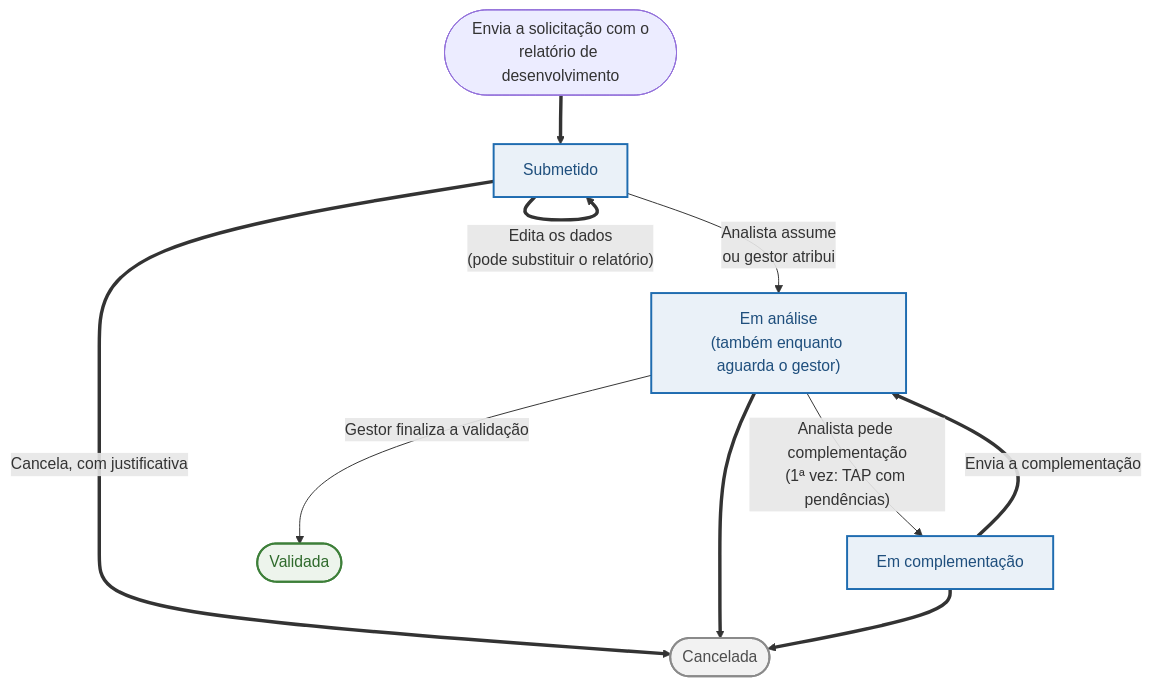
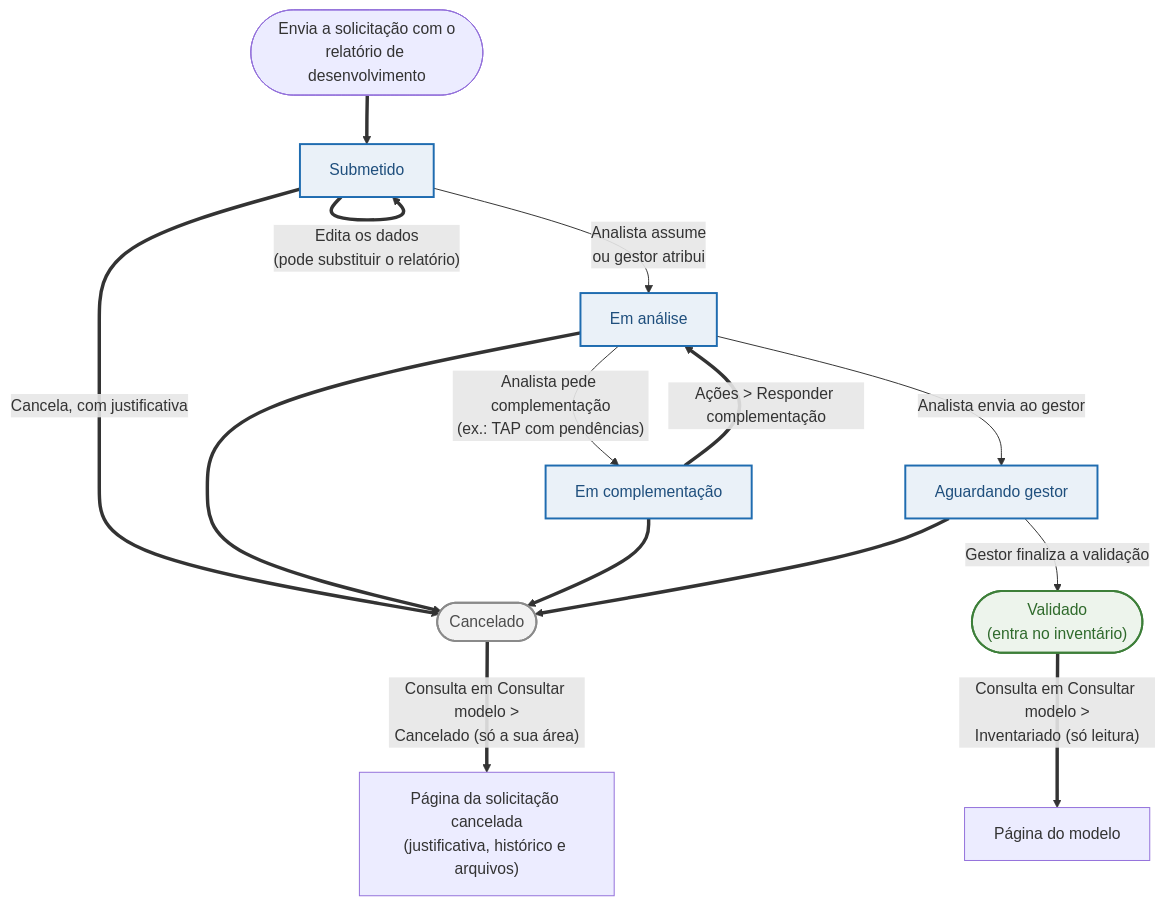
One commit to barlettab/svm-frontend changed the first of 3 diagrams in handoff/SPRINT-42.md. Above: the diagram before and after it, drawn with Mermaid. The commit also changed other lines of this file and 82 other files, not shown here.

````diff
--- a/handoff/SPRINT-42.md
+++ b/handoff/SPRINT-42.md
@@ -75,16 +177,20 @@
 ```mermaid
 flowchart TB
     INI(["Envia a solicitação com o<br/>relatório de desenvolvimento"]) ==> SUB["Submetido"]:::status
     SUB ==>|"Edita os dados<br/>(pode substituir o relatório)"| SUB
-    SUB -->|"Analista assume<br/>ou gestor atribui"| ANA["Em análise<br/>(também enquanto aguarda o gestor)"]:::status
-    ANA -->|"Analista pede complementação<br/>(1ª vez: TAP com pendências)"| COMP["Em complementação"]:::status
-    COMP ==>|"Envia a complementação"| ANA
-    ANA -->|"Gestor finaliza a validação"| VAL(["Validada"]):::ok
-    SUB ==>|"Cancela, com justificativa"| CAN(["Cancelada"]):::cancel
+    SUB -->|"Analista assume<br/>ou gestor atribui"| ANA["Em análise"]:::status
+    ANA -->|"Analista pede complementação<br/>(ex.: TAP com pendências)"| COMP["Em complementação"]:::status
+    COMP ==>|"Ações > Responder complementação"| ANA
+    ANA -->|"Analista envia ao gestor"| GES["Aguardando gestor"]:::status
+    GES -->|"Gestor finaliza a validação"| VAL(["Validado<br/>(entra no inventário)"]):::ok
+    VAL ==>|"Consulta em Consultar modelo ><br/>Inventariado (só leitura)"| CONS["Página do modelo"]
+    CAN ==>|"Consulta em Consultar modelo ><br/>Cancelado (só a sua área)"| CONSC["Página da solicitação cancelada<br/>(justificativa, histórico e arquivos)"]
+    SUB ==>|"Cancela, com justificativa"| CAN(["Cancelado"]):::cancel
     ANA ==> CAN
     COMP ==> CAN
+    GES ==> CAN
     classDef status fill:#eaf1f8,stroke:#1f6cb0,stroke-width:2px,color:#1f4f7d
     classDef ok fill:#edf4ec,stroke:#3d7f39,stroke-width:2px,color:#2f6a2c
     classDef cancel fill:#f2f2f2,stroke:#8a8a8a,stroke-width:2px,color:#4d4d4d
     classDef decisao fill:#fffbe6,stroke:#b4a01d,stroke-width:2px,color:#4d4d4d
 ```
````
